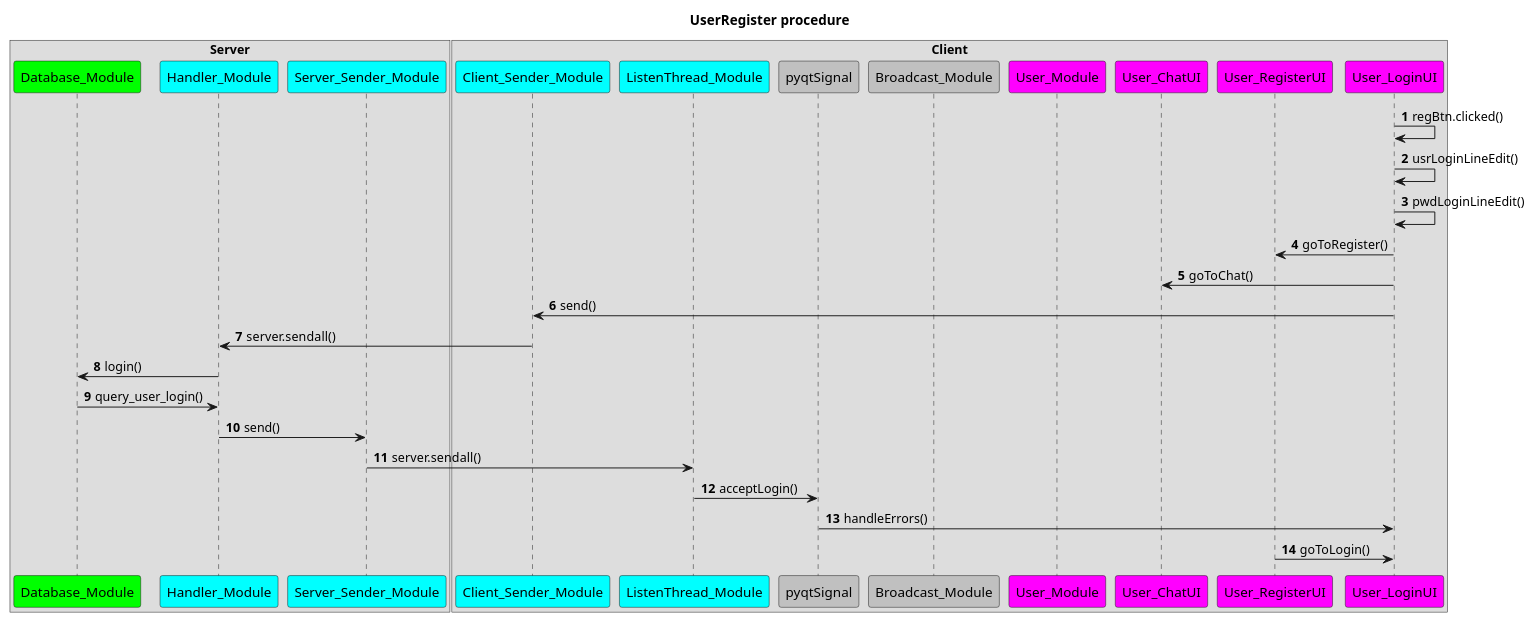
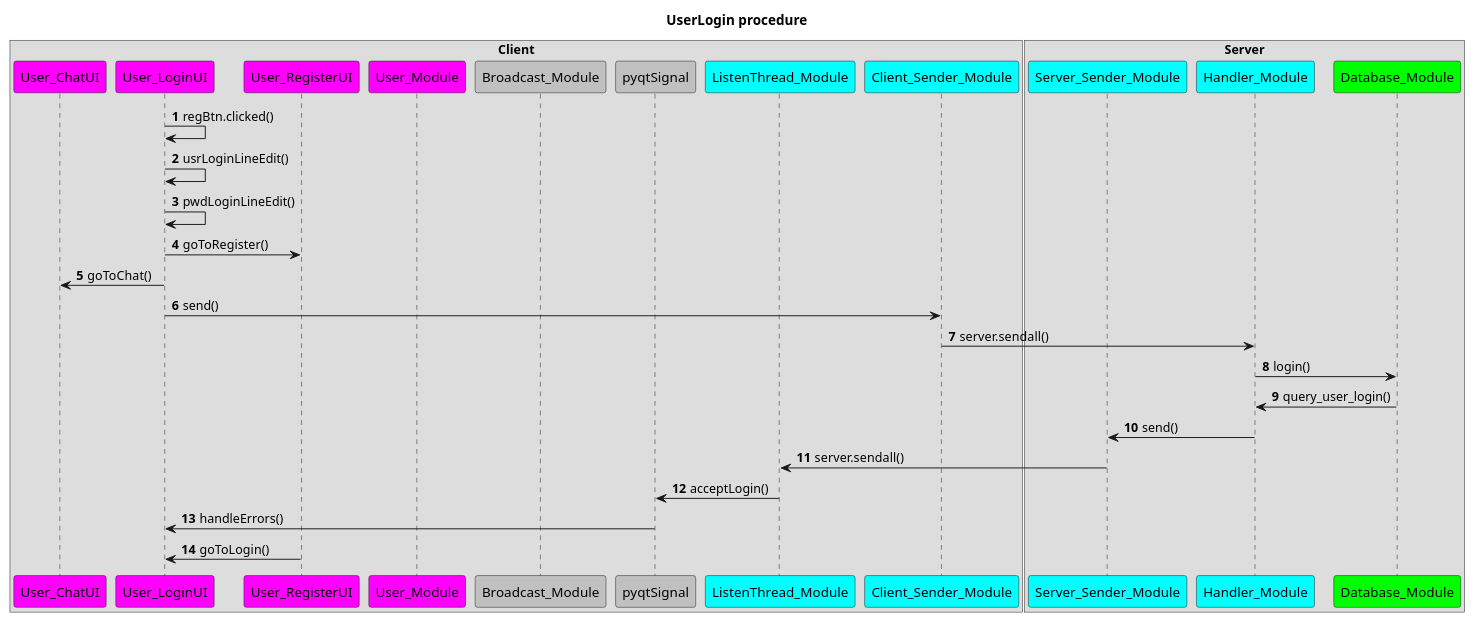
One commit to Jadeiin/KunKun changed the diagram in docs/UserLogin.wsd. Above: the diagram before and after it, drawn with PlantUML. The commit also changed 10 other files, not shown here.

Commit message:
Refactor participant order in UML diagrams for various workflows

```diff
--- a/docs/UserLogin.wsd
+++ b/docs/UserLogin.wsd
@@ -1,43 +1,43 @@
 @startuml
-title UserRegister procedure
+title UserLogin procedure
 'author Jadeiin
 'version 1.0.0
 skinparam participant {
 	FontSize 14
 	handwritten true
 }
 
+box "Client"
+participant User_ChatUI #Magenta
+participant User_LoginUI #Magenta
+participant User_RegisterUI #Magenta
+participant User_Module #Magenta
+participant Broadcast_Module #Silver
+participant pyqtSignal #Silver
+participant ListenThread_Module #Cyan
+participant Client_Sender_Module #Cyan
+end box
 box "Server"
+participant Server_Sender_Module #Cyan
+participant Handler_Module #Cyan
 participant Database_Module #Lime
-participant Handler_Module #Cyan
-participant Server_Sender_Module #Cyan
-end box
-box "Client"
-participant Client_Sender_Module #Cyan
-participant ListenThread_Module #Cyan
-participant pyqtSignal #Silver
-participant Broadcast_Module #Silver
-participant User_Module #Magenta
-participant User_ChatUI #Magenta
-participant User_RegisterUI #Magenta
-participant User_LoginUI #Magenta
 end box
 
 autonumber
 User_LoginUI -> User_LoginUI : regBtn.clicked()
 User_LoginUI -> User_LoginUI : usrLoginLineEdit()
 User_LoginUI -> User_LoginUI : pwdLoginLineEdit()
 User_LoginUI -> User_RegisterUI : goToRegister()
 User_LoginUI -> User_ChatUI : goToChat()
 User_LoginUI -> Client_Sender_Module : send()
 Client_Sender_Module -> Handler_Module : server.sendall()
 
 Handler_Module -> Database_Module : login()
 Database_Module -> Handler_Module : query_user_login()
 Handler_Module -> Server_Sender_Module : send()
 Server_Sender_Module -> ListenThread_Module : server.sendall()
 
 ListenThread_Module -> pyqtSignal : acceptLogin()
 pyqtSignal -> User_LoginUI : handleErrors()
 User_RegisterUI -> User_LoginUI : goToLogin()
 @enduml
```
